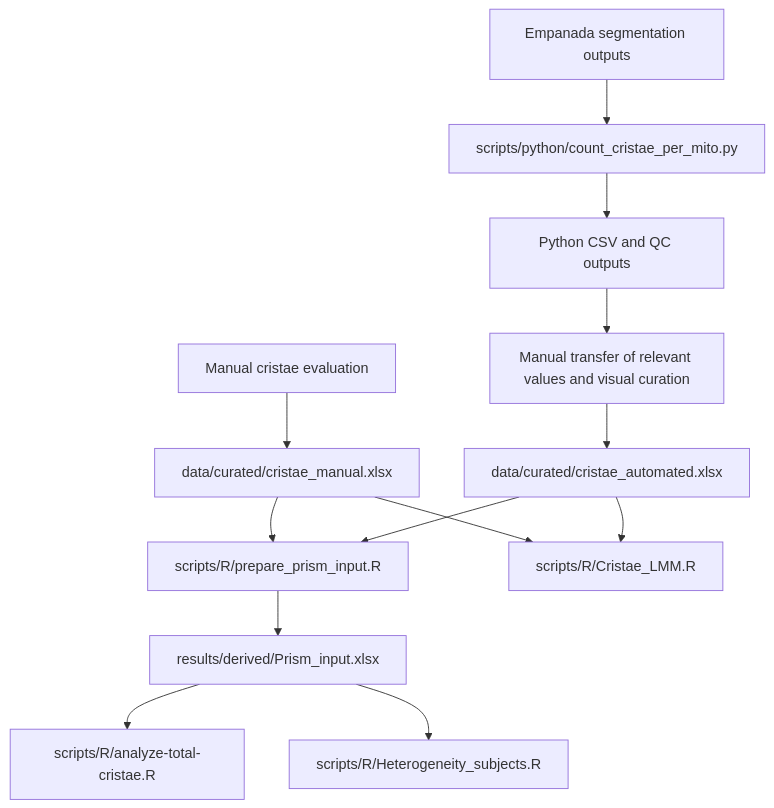
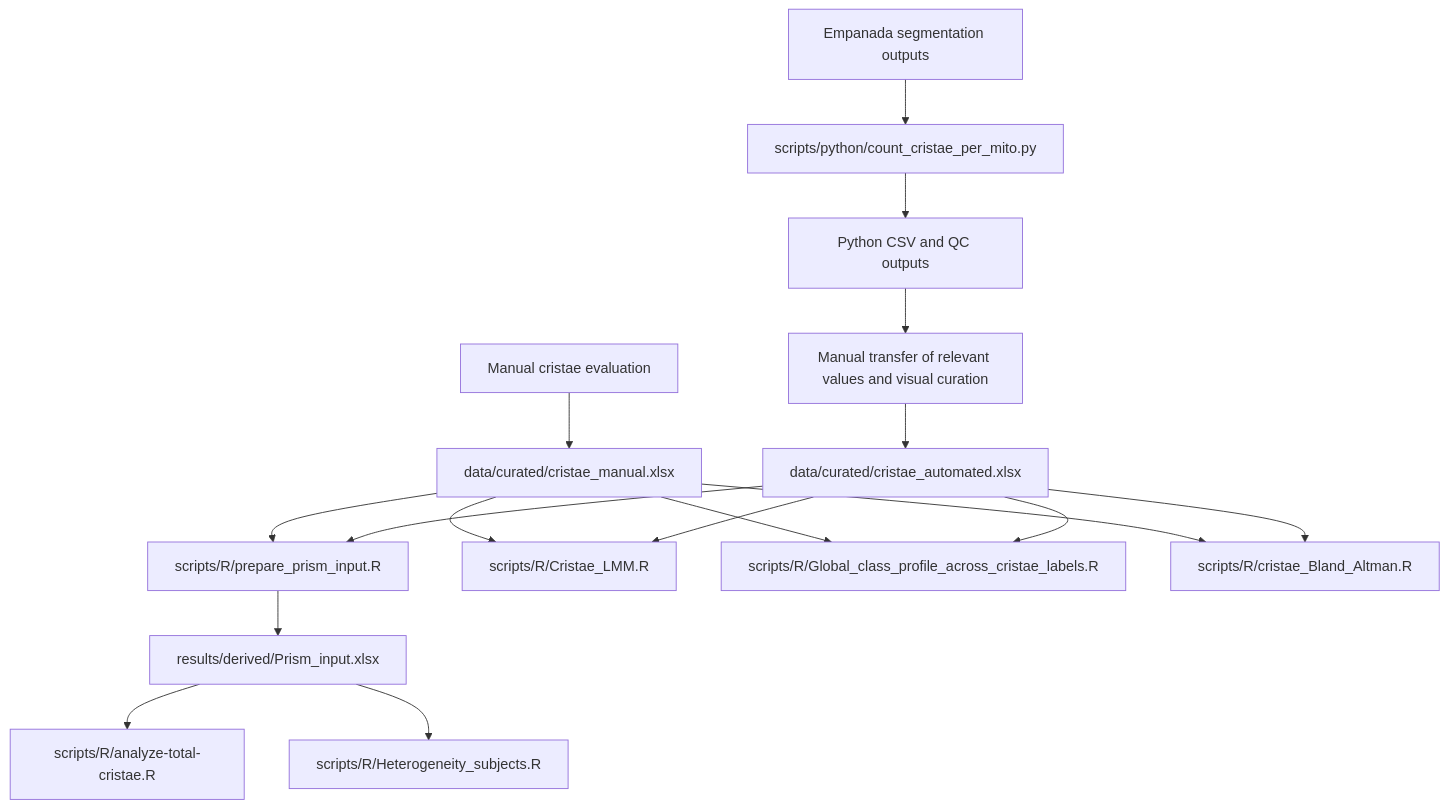
Before and after one commit to nikolvolfova-web/Mitochondrial-Ultrastructure-Analysis: the diagram in scripts/README.md, drawn with Mermaid. The commit also changed other lines of this file and 13 other files, not shown here.

````diff
--- a/scripts/README.md
+++ b/scripts/README.md
@@ -48,19 +50,25 @@
 ```mermaid
 flowchart TD
     M1["Manual cristae evaluation"] --> M2["data/curated/cristae_manual.xlsx"]
 
     E1["Empanada segmentation outputs"] --> P["scripts/python/count_cristae_per_mito.py"]
     P --> C["Python CSV and QC outputs"]
     C --> T["Manual transfer of relevant values and visual curation"]
     T --> A["data/curated/cristae_automated.xlsx"]
 
     M2 --> PI["scripts/R/prepare_prism_input.R"]
     A --> PI
     PI --> PR["results/derived/Prism_input.xlsx"]
 
     PR --> TC["scripts/R/analyze-total-cristae.R"]
     PR --> H["scripts/R/Heterogeneity_subjects.R"]
 
     M2 --> L["scripts/R/Cristae_LMM.R"]
     A --> L
+
+    M2 --> G["scripts/R/Global_class_profile_across_cristae_labels.R"]
+    A --> G
+
+    M2 --> BA["scripts/R/cristae_Bland_Altman.R"]
+    A --> BA
 ```
````
